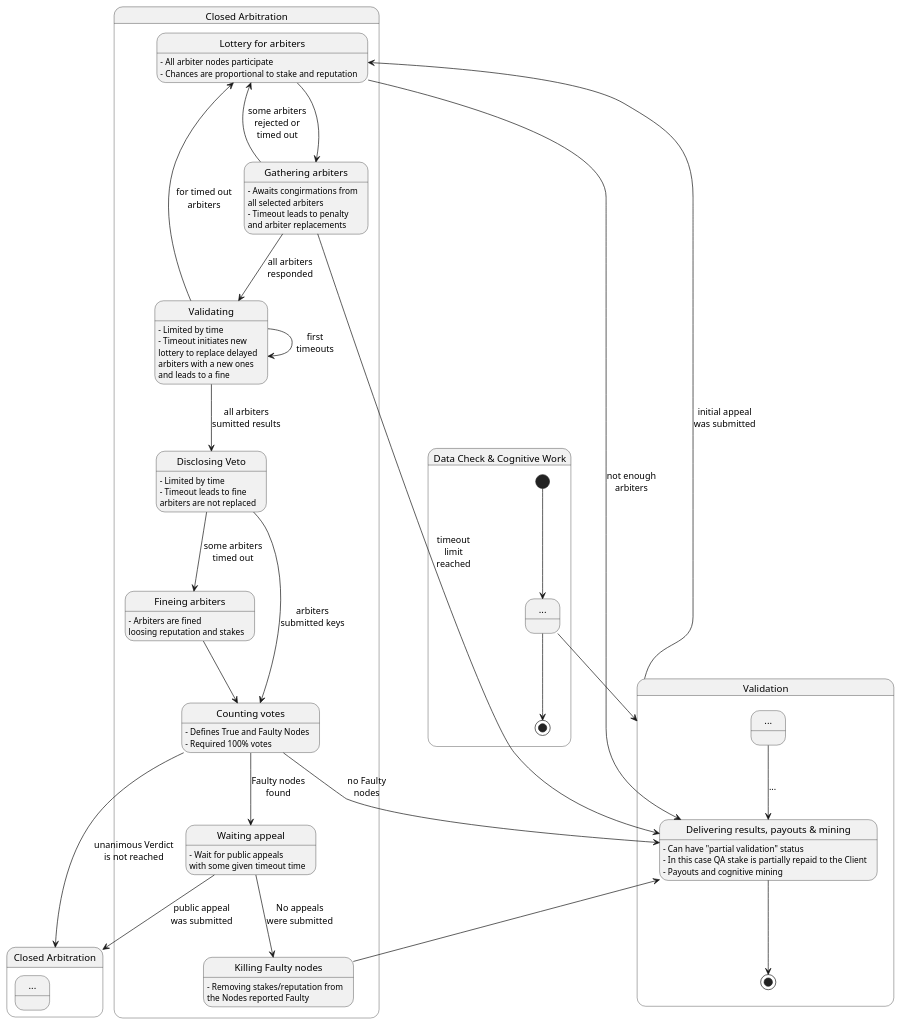
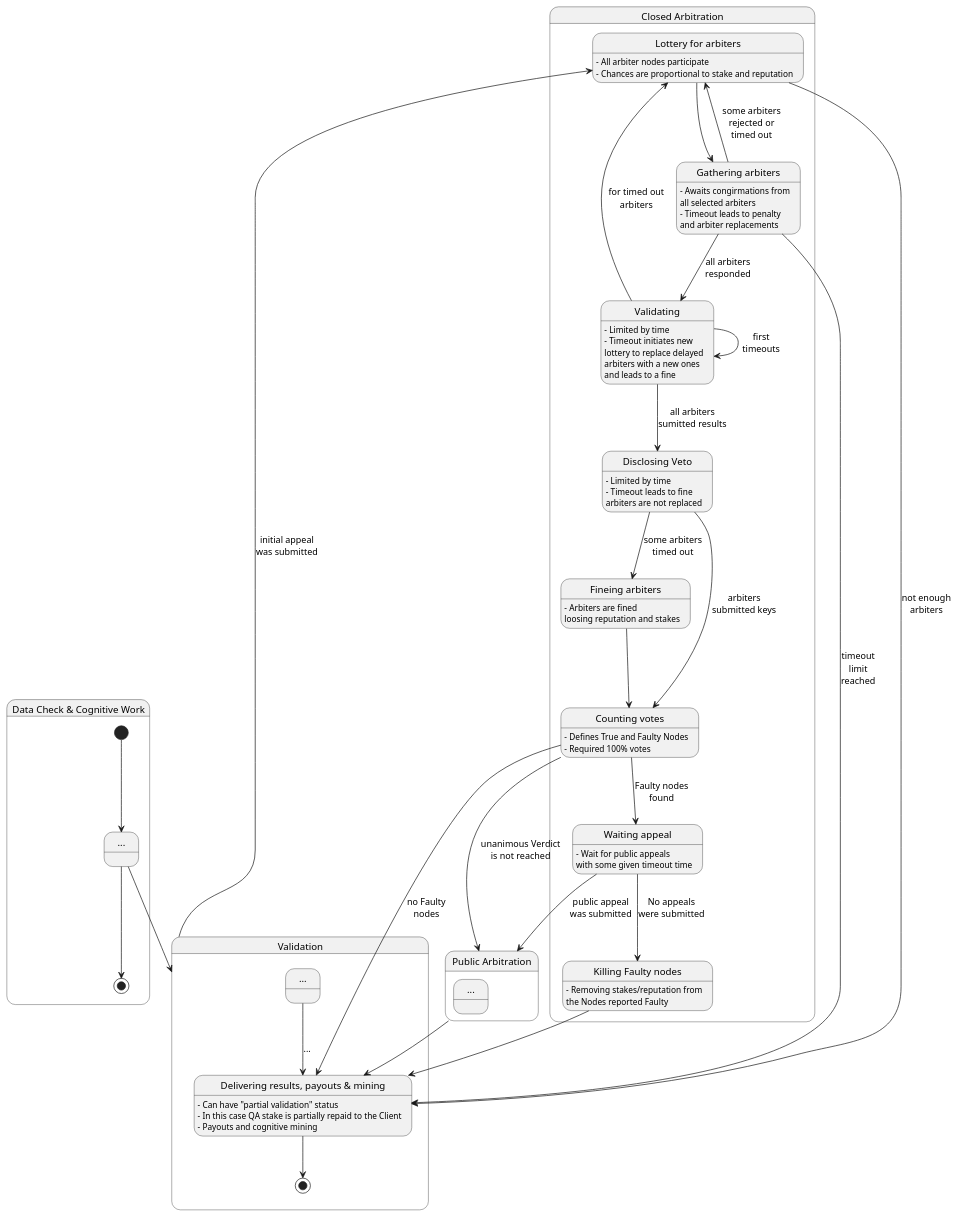
One commit to pandoraboxchain/pocw-techspecs changed the diagram in state_closed_arbitrage.plantuml. Above: the diagram before and after it, drawn with PlantUML.

```diff
--- a/state_closed_arbitrage.plantuml
+++ b/state_closed_arbitrage.plantuml
@@ -1,87 +1,88 @@
 @startuml
 state "Data Check & Cognitive Work" as cognition {
   state "..." as prev2
 
   [*] --> prev2
   prev2 --> [*]
 }
 
 state "Validation" as validation {
   state "..." as prev
   state "Delivering results, payouts & mining" as delivering
 
   delivering: – Can have "partial validation" status
   delivering: – In this case QA stake is partially repaid to the Client
   delivering: – Payouts and cognitive mining
 
   prev --> delivering: ...
   delivering --> [*]
 }
 
 prev2 --> validation
 
 state "Closed Arbitration" as closed {
   state "Lottery for arbiters" as lottery
   state "Gathering arbiters" as gathering
   state "Validating" as validating
   state "Disclosing Veto" as disclosing
   state "Counting votes" as counting
   state "Fineing arbiters" as fineing
   state "Waiting appeal" as waiting
   state "Killing Faulty nodes" as killing
 
   lottery: – All arbiter nodes participate
   lottery: – Chances are proportional to stake and reputation
 
   gathering: – Awaits congirmations from
   gathering:   all selected arbiters
   gathering: – Timeout leads to penalty
   gathering:   and arbiter replacements
 
   validating: – Limited by time
   validating: – Timeout initiates new
   validating:   lottery to replace delayed
   validating:   arbiters with a new ones
   validating:   and leads to a fine
 
   disclosing: – Limited by time
   disclosing: – Timeout leads to fine
   disclosing:   arbiters are not replaced
 
   fineing: – Arbiters are fined
   fineing:   loosing reputation and stakes
 
   counting: – Defines True and Faulty Nodes
   counting: – Required 100% votes
 
   waiting: – Wait for public appeals
   waiting:   with some given timeout time
   
   killing: – Removing stakes/reputation from
   killing:   the Nodes reported Faulty
 
   validation --> lottery: initial appeal\nwas submitted
   lottery --> gathering
   lottery --> delivering: not enough\narbiters
   gathering --> lottery: some arbiters\nrejected or\ntimed out
   gathering --> validating: all arbiters\nresponded
   gathering --> delivering: timeout\nlimit\nreached
   validating --> disclosing: all arbiters\nsumitted results
   validating --> lottery: for timed out\narbiters
   validating --> validating: first\ntimeouts
   disclosing --> counting: arbiters\nsubmitted keys
   disclosing --> fineing: some arbiters\ntimed out
   fineing --> counting
   counting --> delivering: no Faulty\nnodes
   counting --> waiting: Faulty nodes\nfound
   waiting --> killing: No appeals\nwere submitted
   killing --> delivering
 }
 
-state "Closed Arbitration" as arbitration {
+state "Public Arbitration" as public {
   state "..." as more
 }
 
-waiting --> arbitration: public appeal\nwas submitted
-counting --> arbitration: unanimous Verdict\nis not reached
+waiting --> public: public appeal\nwas submitted
+counting --> public: unanimous Verdict\nis not reached
+public --> delivering
 @enduml
```
